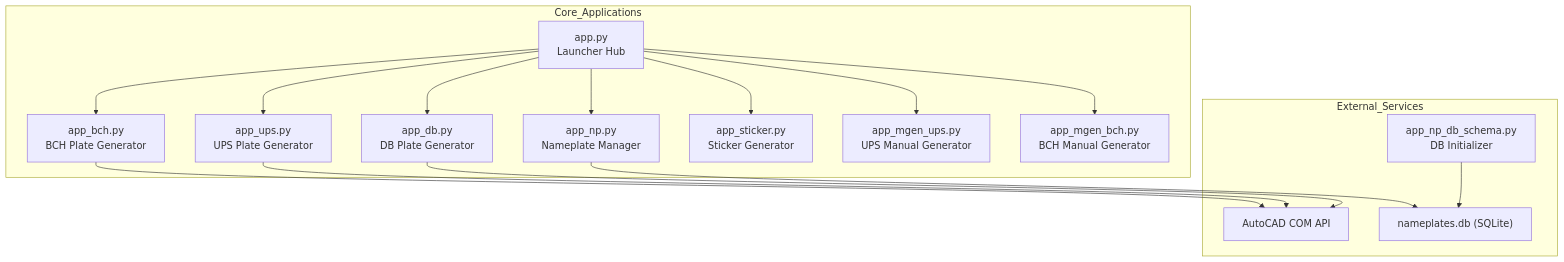
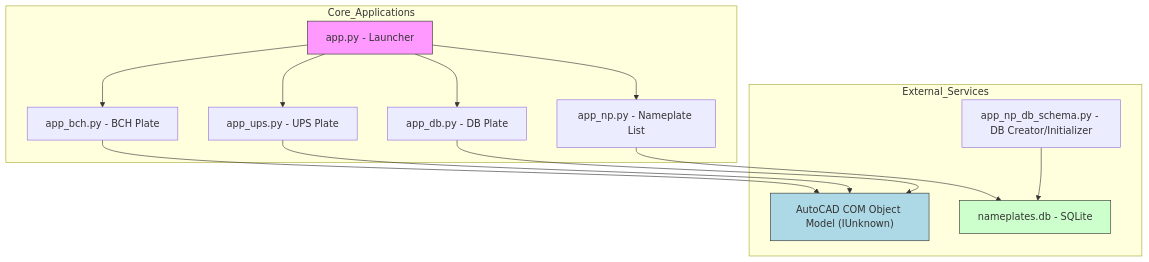
The first of 4 diagrams in README.md (aamitn/plategen), drawn with Mermaid before and after one commit. The commit also changed other lines of this file, not shown here.

````diff
--- a/README.md
+++ b/README.md
@@ -73,34 +65,32 @@
 ```mermaid
 graph TD
     subgraph Core_Applications
-        A[app.py<br/>Launcher Hub]
-        B[app_bch.py<br/>BCH Plate Generator]
-        C[app_ups.py<br/>UPS Plate Generator]
-        D[app_db.py<br/>DB Plate Generator]
-        E[app_np.py<br/>Nameplate Manager]
-        S[app_sticker.py<br/>Sticker Generator]
-        MU[app_mgen_ups.py<br/>UPS Manual Generator]
-        MB[app_mgen_bch.py<br/>BCH Manual Generator]
+        A[app.py - Launcher]
+        B[app_bch.py - BCH Plate]
+        C[app_ups.py - UPS Plate]
+        D[app_db.py - DB Plate]
+        E[app_np.py - Nameplate List]
     end
 
     subgraph External_Services
-        F["AutoCAD COM API"]
-        G["nameplates.db (SQLite)"]
-        H[app_np_db_schema.py<br/>DB Initializer]
+        F["AutoCAD COM Object Model (IUnknown)"]
+        G[nameplates.db - SQLite]
+        H[app_np_db_schema.py - DB Creator/Initializer]
     end
 
     A --> B
     A --> C
     A --> D
     A --> E
-    A --> S
-    A --> MU
-    A --> MB
 
     B --> F
     C --> F
     D --> F
 
     E --> G
     H --> G
+
+    style A fill:#f9f,stroke:#333
+    style F fill:#add8e6,stroke:#333
+    style G fill:#ccffcc,stroke:#333
 ```
````
